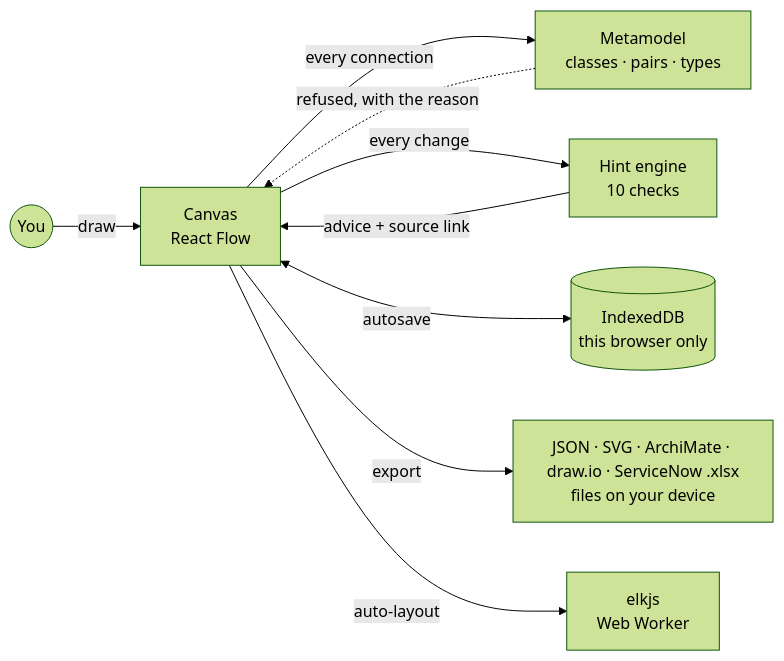
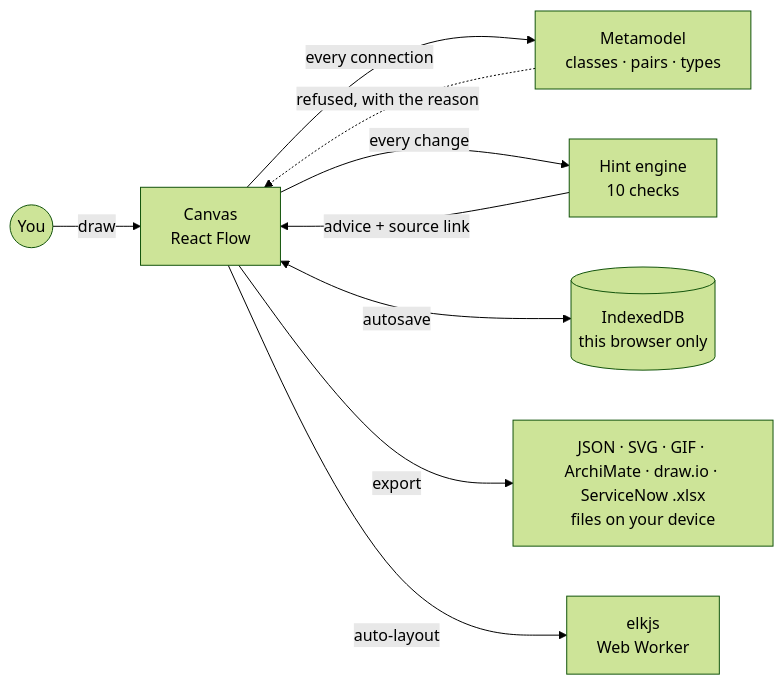
Before and after one commit to solventarchitect/blueprint-modeler: the diagram in README.md, drawn with Mermaid (forest theme). The commit also changed other lines of this file and 4 other files, not shown here.

````diff
--- a/README.md
+++ b/README.md
@@ -67,11 +76,11 @@
 ```mermaid
 flowchart LR
   you(("You")) -->|draw| canvas["Canvas<br/>React Flow"]
   canvas -->|every connection| meta["Metamodel<br/>classes · pairs · types"]
   meta -.->|refused, with the reason| canvas
   canvas -->|every change| hints["Hint engine<br/>10 checks"]
   hints -->|advice + source link| canvas
   canvas <-->|autosave| idb[("IndexedDB<br/>this browser only")]
-  canvas -->|export| files["JSON · SVG · ArchiMate · draw.io · ServiceNow .xlsx<br/>files on your device"]
+  canvas -->|export| files["JSON · SVG · GIF · ArchiMate · draw.io · ServiceNow .xlsx<br/>files on your device"]
   canvas -->|auto-layout| worker["elkjs<br/>Web Worker"]
 ```
````
